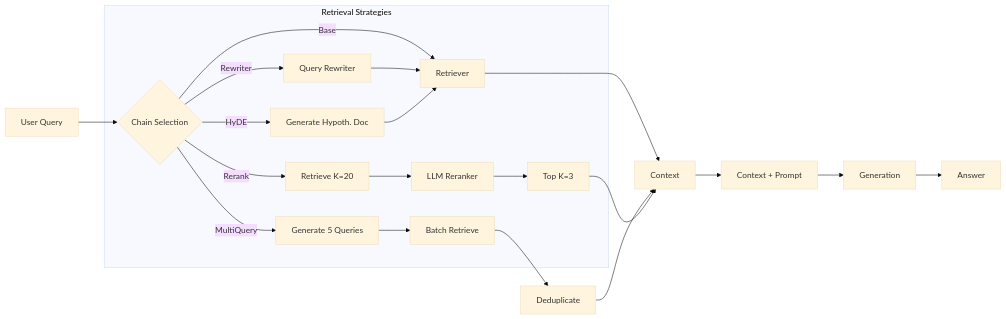
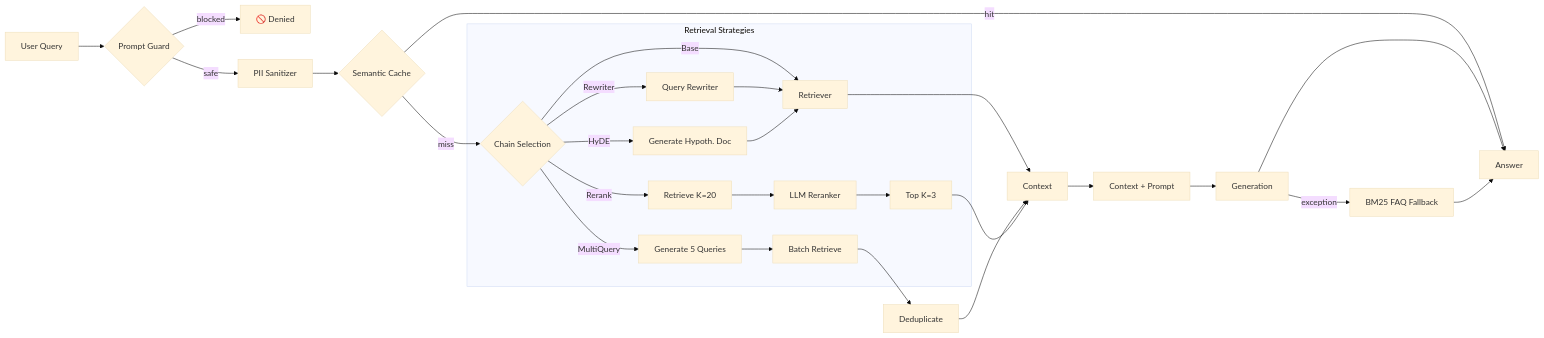
Before and after one commit to 235471/rag-evaluation-contracts-ragas: the first of 2 diagrams in README.md, drawn with Mermaid (base theme). The commit also changed other lines of this file and 22 other files, not shown here.

First line of the commit message:
feat: :sparkles: feat: implement enterprise guardrails, semantic cache and resilience layer

````diff
--- a/README.md
+++ b/README.md
@@ -65,20 +69,27 @@
 ```mermaid
 graph LR
-    User[User Query] --> Router{Chain Selection}
+    User[User Query] --> Guard{Prompt Guard}
+    Guard -->|blocked| Deny[🚫 Denied]
+    Guard -->|safe| PII[PII Sanitizer]
+    PII --> Cache{Semantic Cache}
+    Cache -->|hit| Answer
+    Cache -->|miss| Router{Chain Selection}
     
     subgraph "Retrieval Strategies"
         Router -->|Base| Ret[Retriever]
         Router -->|Rewriter| RW[Query Rewriter] --> Ret
         Router -->|MultiQuery| MQ[Generate 5 Queries] --> Batch[Batch Retrieve]
         Router -->|HyDE| HY[Generate Hypoth. Doc] --> Ret
         Router -->|Rerank| RR[Retrieve K=20] --> Judge[LLM Reranker] --> TopK[Top K=3]
     end
 
     Ret --> Context
     Batch --> Dedup[Deduplicate] --> Context
     TopK --> Context
     
     Context --> Augment[Context + Prompt]
     Augment --> LLM[Generation]
     LLM --> Answer
+    LLM -->|exception| Fallback[BM25 FAQ Fallback]
+    Fallback --> Answer
 ```
````
